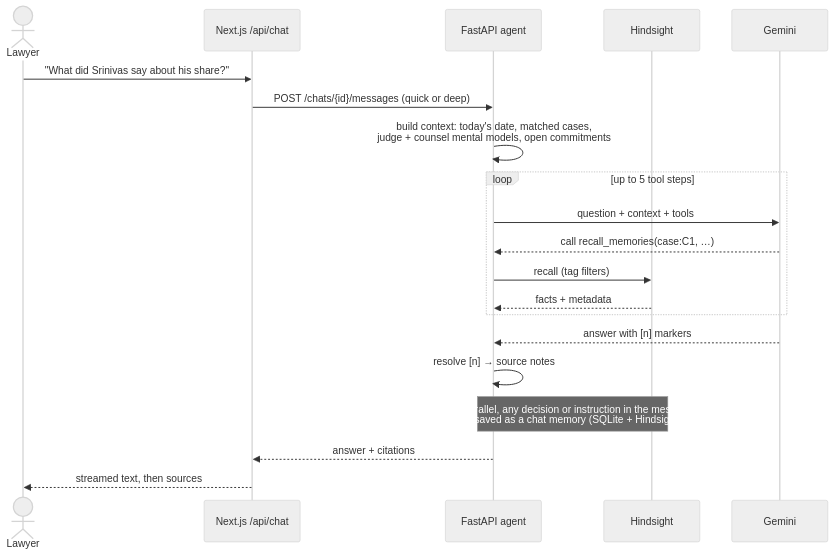
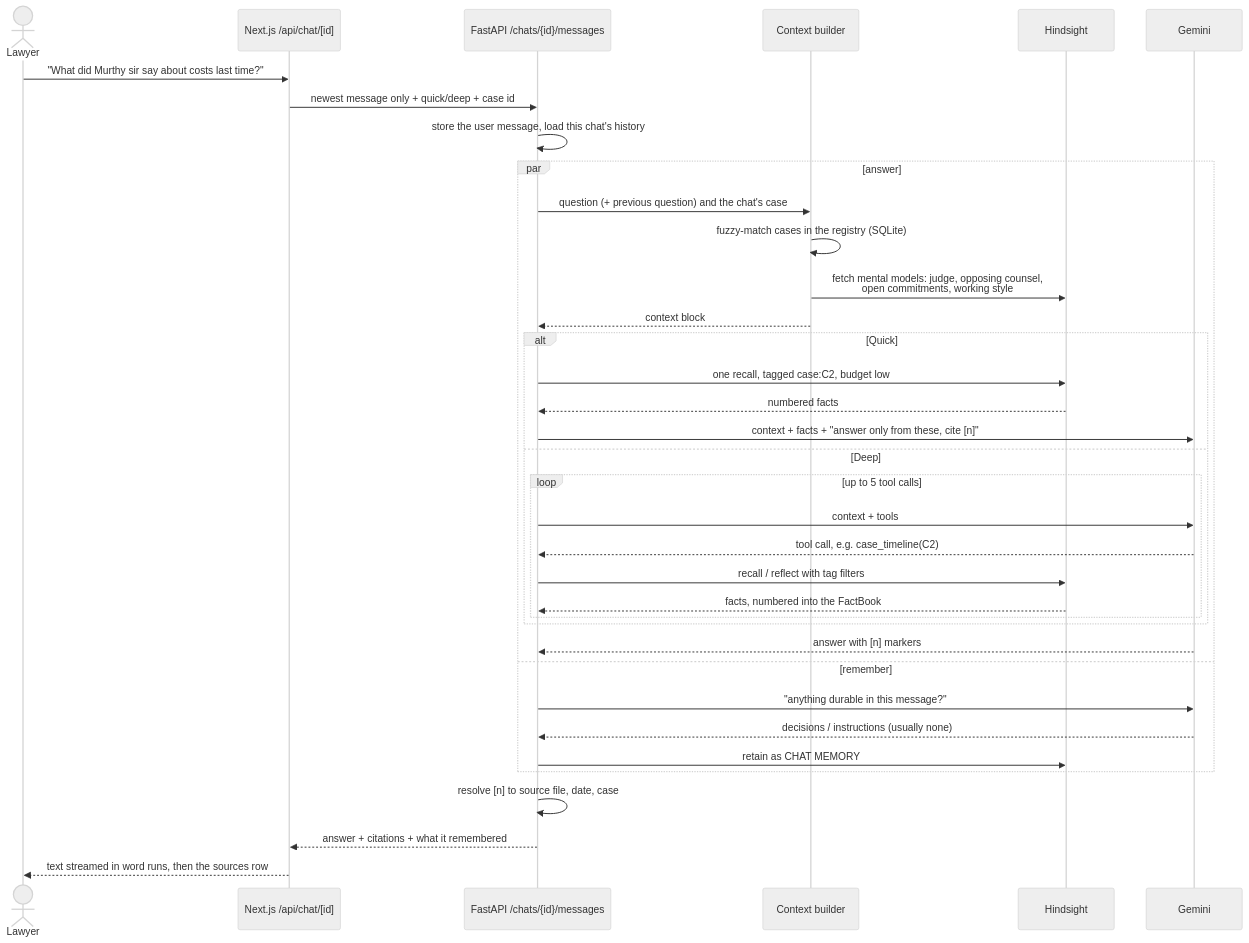
Before and after one commit to Karunya-Muddana/tareekh: the third of 4 diagrams in README.md, drawn with Mermaid (neutral theme). The commit also changed other lines of this file and 2 other files, not shown here.

First line of the commit message:
README: explain the agent and retrieval in depth

````diff
--- a/README.md
+++ b/README.md
@@ -176,23 +179,39 @@
 ```mermaid
 sequenceDiagram
     actor L as Lawyer
-    participant W as Next.js /api/chat
-    participant A as FastAPI agent
+    participant W as Next.js /api/chat/[id]
+    participant A as FastAPI /chats/{id}/messages
+    participant C as Context builder
     participant H as Hindsight
     participant G as Gemini
 
-    L->>W: "What did Srinivas say about his share?"
-    W->>A: POST /chats/{id}/messages (quick or deep)
-    A->>A: build context: today's date, matched cases,<br/>judge + counsel mental models, open commitments
-    loop up to 5 tool steps
-        A->>G: question + context + tools
-        G-->>A: call recall_memories(case:C1, …)
-        A->>H: recall (tag filters)
-        H-->>A: facts + metadata
+    L->>W: "What did Murthy sir say about costs last time?"
+    W->>A: newest message only + quick/deep + case id
+    A->>A: store the user message, load this chat's history
+    par answer
+        A->>C: question (+ previous question) and the chat's case
+        C->>C: fuzzy-match cases in the registry (SQLite)
+        C->>H: fetch mental models: judge, opposing counsel,<br/>open commitments, working style
+        C-->>A: context block
+        alt Quick
+            A->>H: one recall, tagged case:C2, budget low
+            H-->>A: numbered facts
+            A->>G: context + facts + "answer only from these, cite [n]"
+        else Deep
+            loop up to 5 tool calls
+                A->>G: context + tools
+                G-->>A: tool call, e.g. case_timeline(C2)
+                A->>H: recall / reflect with tag filters
+                H-->>A: facts, numbered into the FactBook
+            end
+        end
+        G-->>A: answer with [n] markers
+    and remember
+        A->>G: "anything durable in this message?"
+        G-->>A: decisions / instructions (usually none)
+        A->>H: retain as CHAT MEMORY
     end
-    G-->>A: answer with [n] markers
-    A->>A: resolve [n] → source notes
-    Note over A,H: in parallel, any decision or instruction in the message<br/>is saved as a chat memory (SQLite + Hindsight)
-    A-->>W: answer + citations
-    W-->>L: streamed text, then sources
+    A->>A: resolve [n] to source file, date, case
+    A-->>W: answer + citations + what it remembered
+    W-->>L: text streamed in word runs, then the sources row
 ```
````
